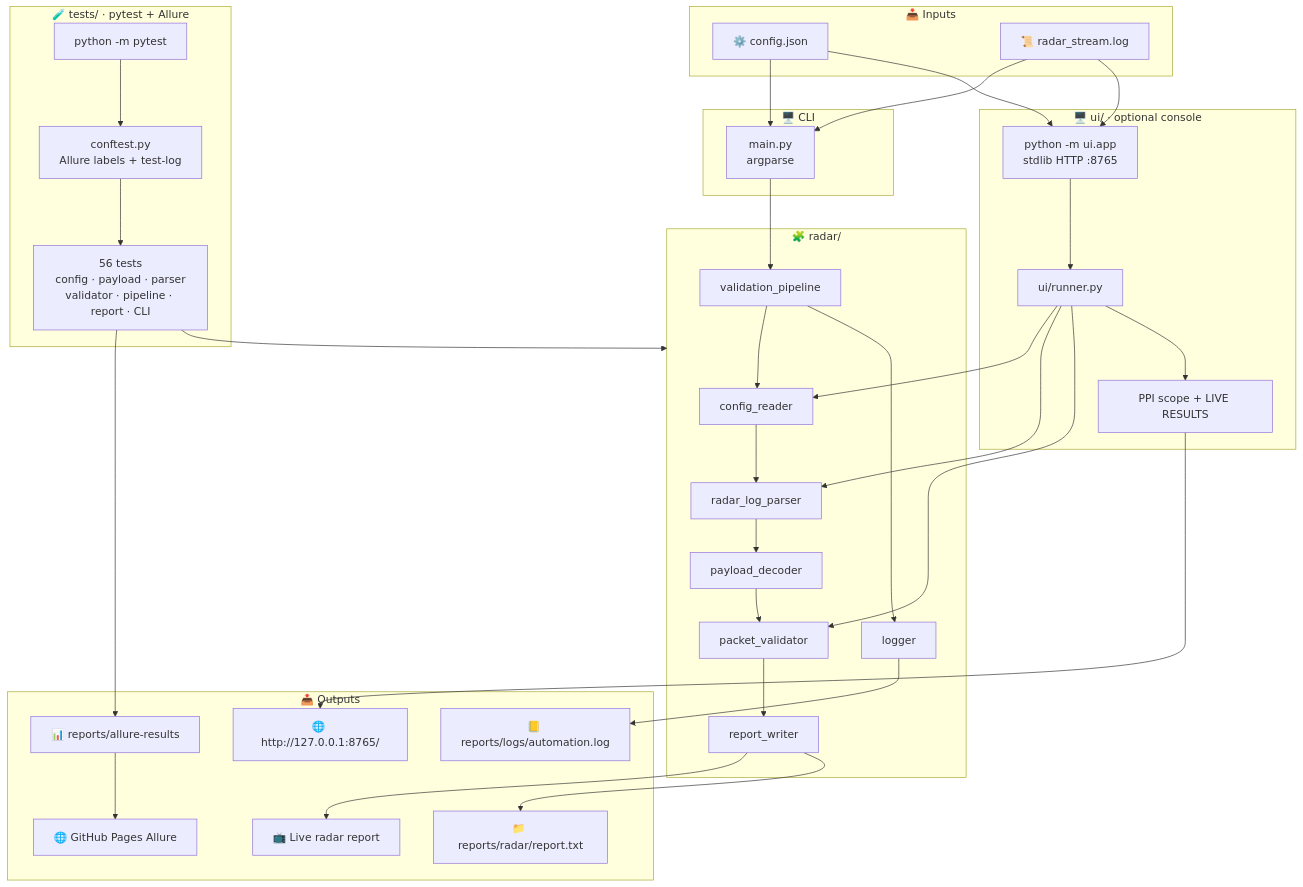
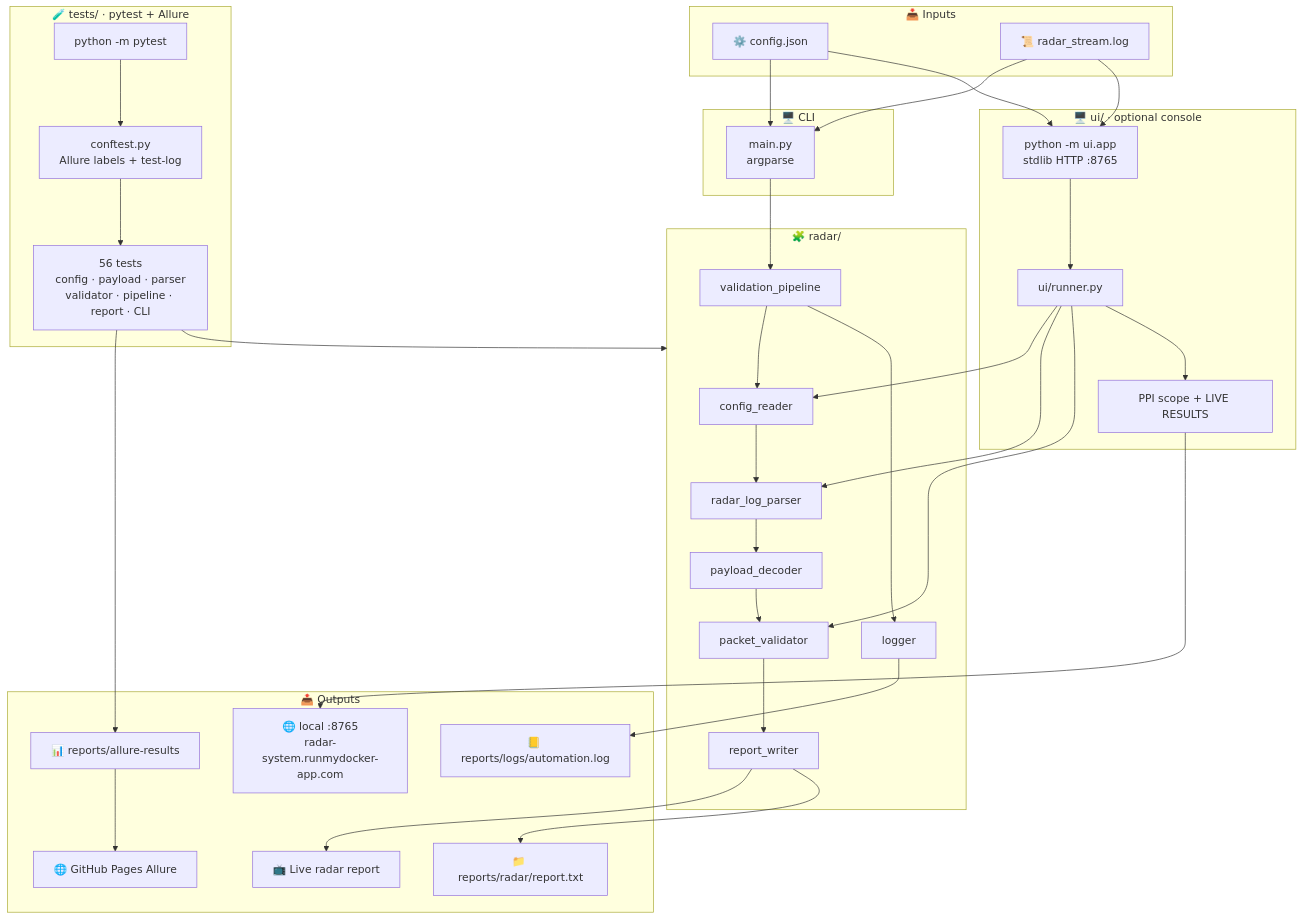
The first of 3 diagrams in README.md (shlomi10/radar_system), drawn with Mermaid before and after one commit. The commit also changed other lines of this file, not shown here.

Commit message:
Link the live RunMyDocker console that pulls the image from Docker Hub.

````diff
--- a/README.md
+++ b/README.md
@@ -60,70 +62,70 @@
 ```mermaid
 flowchart TB
     subgraph IN["📥 Inputs"]
         CFG["⚙️ config.json"]
         LOG["📜 radar_stream.log"]
     end
 
     subgraph CORE["🧩 radar/"]
         LOAD["config_reader"]
         PARSE["radar_log_parser"]
         PAY["payload_decoder"]
         VAL["packet_validator"]
         PIPE["validation_pipeline"]
         REP["report_writer"]
         LG["logger"]
     end
 
     subgraph RUNTIME["🖥️ CLI"]
         MAIN["main.py<br/>argparse"]
     end
 
     subgraph UI["🖥️ ui/  ·  optional console"]
         APP["python -m ui.app<br/>stdlib HTTP :8765"]
         RUN["ui/runner.py"]
         VIEW["PPI scope + LIVE RESULTS"]
     end
 
     subgraph TESTS["🧪 tests/  ·  pytest + Allure"]
         PYT["python -m pytest"]
         CONF["conftest.py<br/>Allure labels + test-log"]
         SUITE["56 tests<br/>config · payload · parser<br/>validator · pipeline · report · CLI"]
     end
 
     subgraph OUT["📤 Outputs"]
         LIVE["📺 Live radar report"]
         FILE["📁 reports/radar/report.txt"]
         ALOG["📒 reports/logs/automation.log"]
         ARES["📊 reports/allure-results"]
         PAGES["🌐 GitHub Pages Allure"]
-        CONSOLE["🌐 http://127.0.0.1:8765/"]
+        CONSOLE["🌐 local :8765<br/>radar-system.runmydocker-app.com"]
     end
 
     CFG --> MAIN
     LOG --> MAIN
     MAIN --> PIPE
     PIPE --> LOAD
     LOAD --> PARSE
     PARSE --> PAY
     PAY --> VAL
     VAL --> REP
     PIPE --> LG
     REP --> LIVE
     REP --> FILE
     LG --> ALOG
 
     CFG --> APP
     LOG --> APP
     APP --> RUN
     RUN --> LOAD
     RUN --> PARSE
     RUN --> VAL
     RUN --> VIEW
     VIEW --> CONSOLE
 
     PYT --> CONF
     CONF --> SUITE
     SUITE --> CORE
     SUITE --> ARES
     ARES --> PAGES
 ```
````
